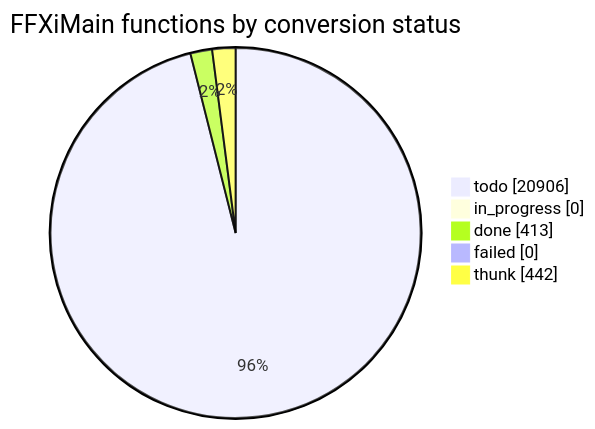
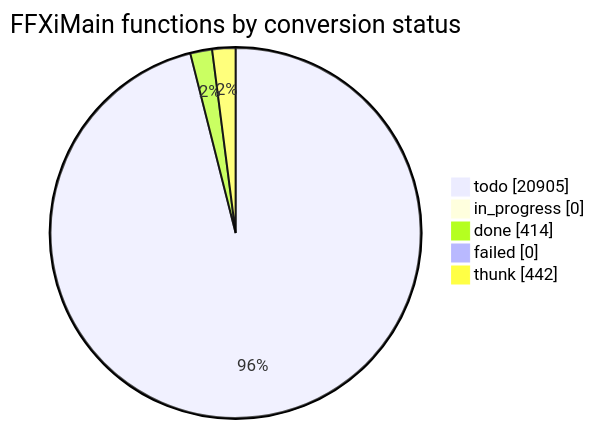
Before and after one commit to cowrevenge/cow_kuluu_xi_anything: the diagram in docs/cow/STATUS.md, drawn with Mermaid. The commit also changed other lines of this file and 9 other files, not shown here.

````diff
--- a/docs/cow/STATUS.md
+++ b/docs/cow/STATUS.md
@@ -18,9 +18,9 @@
 ```mermaid
 pie showData
     title FFXiMain functions by conversion status
-    "todo" : 20906
+    "todo" : 20905
     "in_progress" : 0
-    "done" : 413
+    "done" : 414
     "failed" : 0
     "thunk" : 442
 ```
````
